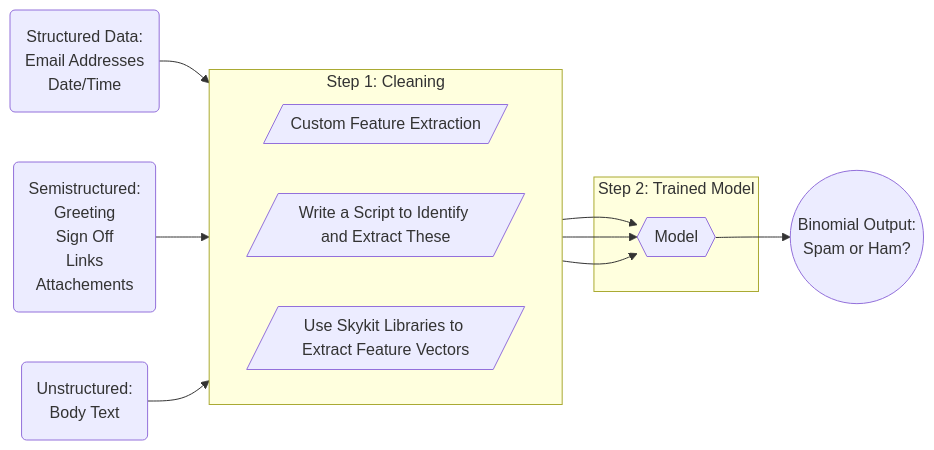
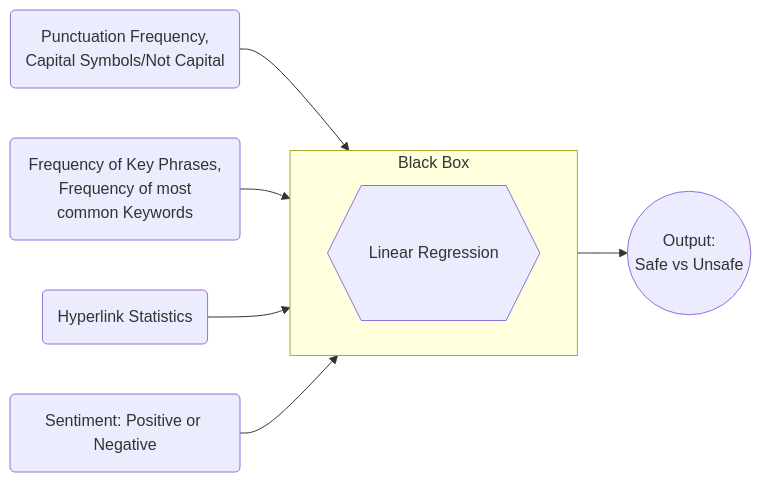
Before and after one commit to AutofillMe/CDS303: the diagram in blackBoxDiagram.md, drawn with Mermaid.

````diff
--- a/blackBoxDiagram.md
+++ b/blackBoxDiagram.md
@@ -2,25 +2,16 @@
 ```mermaid
 flowchart LR
-    id1(Structured Data:\nEmail Addresses\nDate/Time)
-    id2(Semistructured:\nGreeting\nSign Off\nLinks\nAttachements)
-    id3(Unstructured:\nBody Text)
-    subgraph sb [Step 1: Cleaning]
+    id1(Punctuation Frequency,\nCapital Symbols/Not Capital)
+    id2(Frequency of Key Phrases,\n Frequency of most common Keywords)
+    id3(Hyperlink Statistics)
+    id5(Sentiment: Positive or Negative)
+    subgraph sb [Black Box]
         direction LR
-        id4[/Custom Feature Extraction/]
-        id5[/Write a Script to Identify and Extract These/]
-        id6[/Use Skykit Libraries to Extract Feature Vectors/]
+        id4{{\n\nLinear Regression\n\n\n}}        
     end
     id1 --> id4
-    id2 --> id5
-    id3 --> id6
-
-    subgraph sb2 [Step 2: Trained Model]
-    id7{{Model}}
-    end
-
-    id4 --> id7
-    id5 --> id7
-    id6--> id7
-
-    id7 --> id8((Binomial Output:\nSpam or Ham?))
+    id2 --> id4
+    id3 --> id4
+    id5 --> id4
+    id4 --> id8((Output:\nSafe vs Unsafe))
 ```
````
